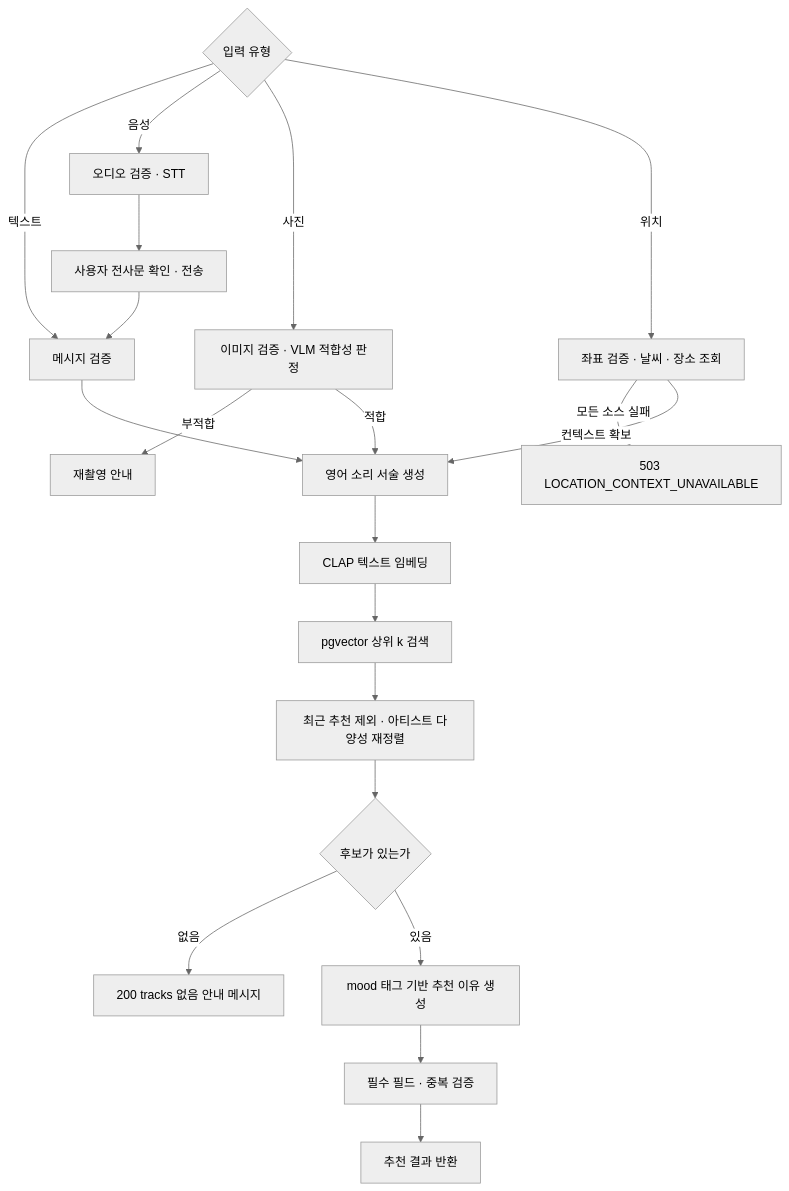
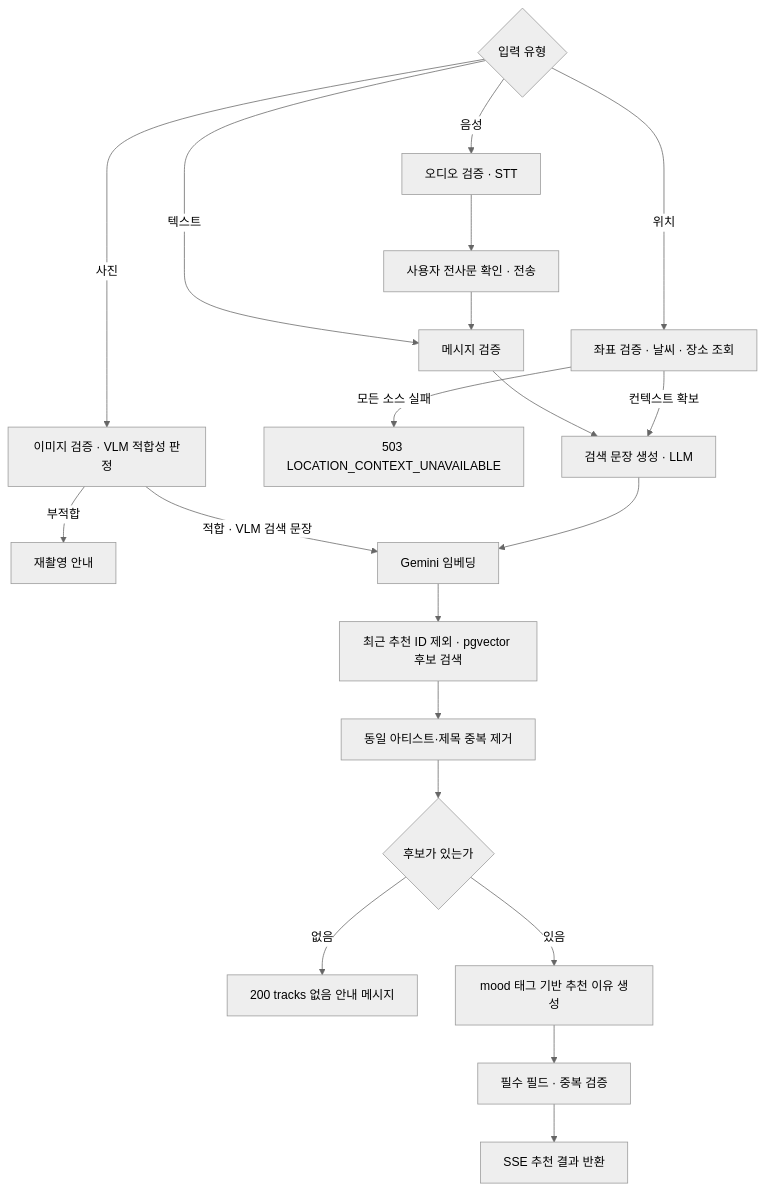
Before and after one commit to 100-hours-a-week/KTB4-18th-AI: the third of 3 diagrams in docs/wiki/week2/08-최종 통합 설계 및 회고.md, drawn with Mermaid (neutral theme). The commit also changed other lines of this file and 2 other files, not shown here.

Commit message:
docs: V1·V2 API 계약과 추천 워크플로우 현행화

````diff
--- a/docs/wiki/week2/08-최종 통합 설계 및 회고.md
+++ b/docs/wiki/week2/08-최종 통합 설계 및 회고.md
@@ -142,28 +147,28 @@
 ```mermaid
 flowchart TB
     INPUT{입력 유형}
 
     INPUT -->|텍스트| TEXT[메시지 검증]
     INPUT -->|음성| VOICE[오디오 검증 · STT]
     VOICE --> CONFIRM[사용자 전사문 확인 · 전송]
     CONFIRM --> TEXT
 
     INPUT -->|사진| IMAGE[이미지 검증 · VLM 적합성 판정]
     INPUT -->|위치| LOC[좌표 검증 · 날씨 · 장소 조회]
 
     IMAGE -->|부적합| REJECT[재촬영 안내]
     LOC -->|모든 소스 실패| ERR[503 LOCATION_CONTEXT_UNAVAILABLE]
 
-    TEXT --> SD[영어 소리 서술 생성]
-    IMAGE -->|적합| SD
+    TEXT --> SD[검색 문장 생성 · LLM]
+    IMAGE -->|적합 · VLM 검색 문장| EMB
     LOC -->|컨텍스트 확보| SD
 
-    SD --> EMB[CLAP 텍스트 임베딩]
-    EMB --> SEARCH[pgvector 상위 k 검색]
-    SEARCH --> RERANK[최근 추천 제외 · 아티스트 다양성 재정렬]
+    SD --> EMB[Gemini 임베딩]
+    EMB --> SEARCH[최근 추천 ID 제외 · pgvector 후보 검색]
+    SEARCH --> RERANK[동일 아티스트·제목 중복 제거]
     RERANK --> EMPTY{후보가 있는가}
     EMPTY -->|없음| NONE[200 tracks 없음 안내 메시지]
     EMPTY -->|있음| REASON[mood 태그 기반 추천 이유 생성]
     REASON --> VALID[필수 필드 · 중복 검증]
-    VALID --> RESULT[추천 결과 반환]
+    VALID --> RESULT[SSE 추천 결과 반환]
 ```
````
